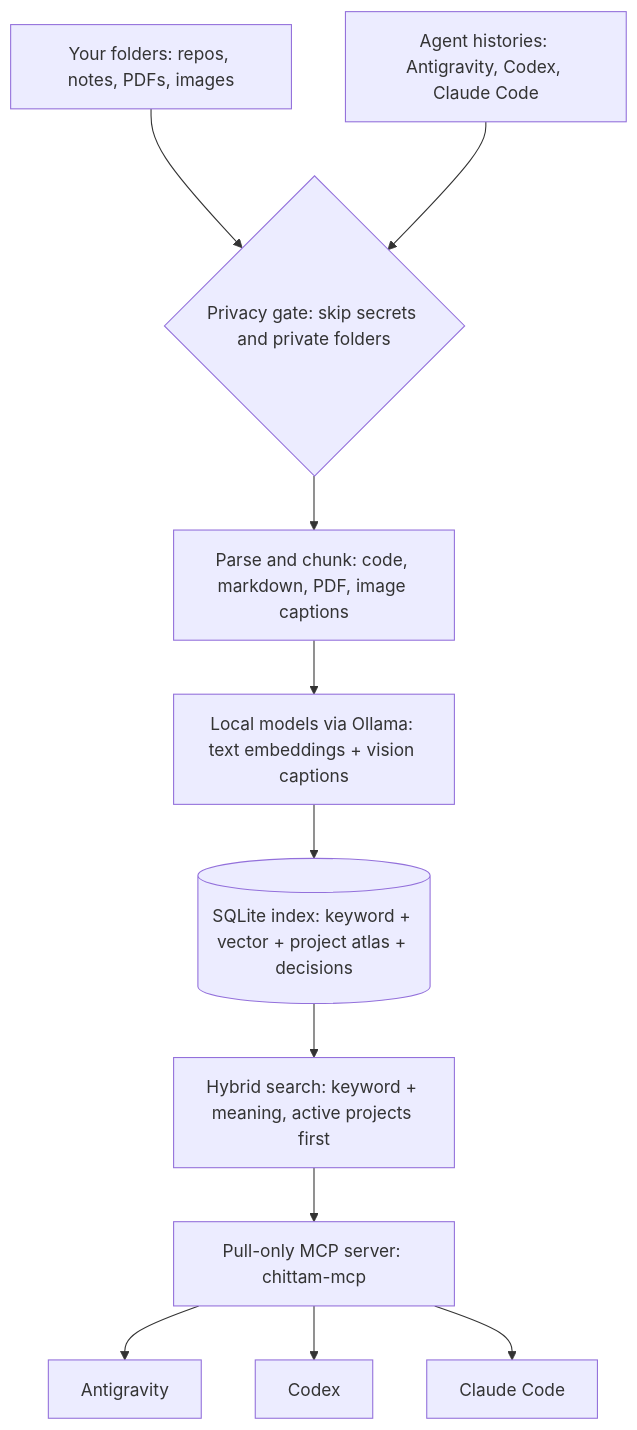
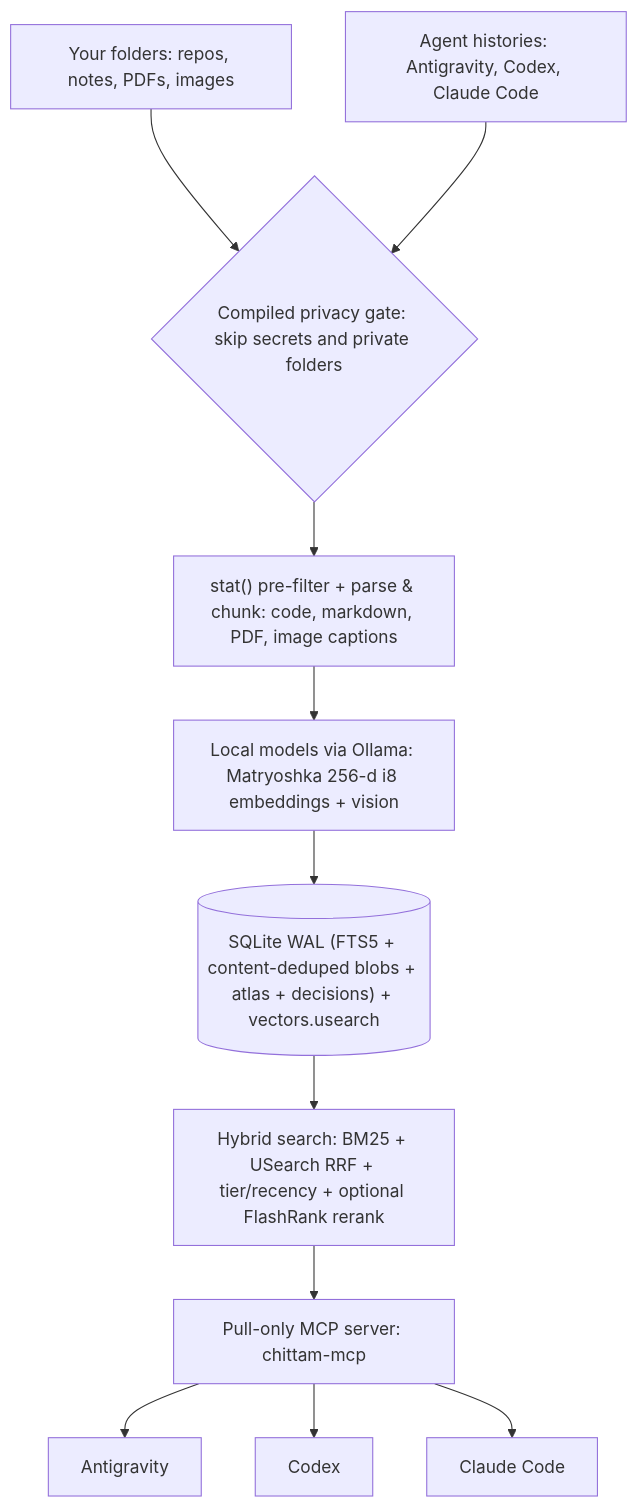
One commit to VAMFI/chittam changed the diagram in README.md. Above: the diagram before and after it, drawn with Mermaid. The commit also changed other lines of this file and 22 other files, not shown here.

Commit message:
feat(engine): Chittam v0.2.0 core engine (USearch, Matryoshka i8, dedup, watch, rerank, doctor)

````diff
--- a/README.md
+++ b/README.md
@@ -36,13 +36,13 @@
 ```mermaid
 flowchart TD
     A["Your folders: repos, notes, PDFs, images"] --> G
     B["Agent histories: Antigravity, Codex, Claude Code"] --> G
-    G{"Privacy gate: skip secrets and private folders"} --> P
-    P["Parse and chunk: code, markdown, PDF, image captions"] --> M
-    M["Local models via Ollama: text embeddings + vision captions"] --> S
-    S[("SQLite index: keyword + vector + project atlas + decisions")] --> Q
-    Q["Hybrid search: keyword + meaning, active projects first"] --> MCP
+    G{"Compiled privacy gate: skip secrets and private folders"} --> P
+    P["stat() pre-filter + parse & chunk: code, markdown, PDF, image captions"] --> M
+    M["Local models via Ollama: Matryoshka 256-d i8 embeddings + vision"] --> S
+    S[("SQLite WAL (FTS5 + content-deduped blobs + atlas + decisions) + vectors.usearch")] --> Q
+    Q["Hybrid search: BM25 + USearch RRF + tier/recency + optional FlashRank rerank"] --> MCP
     MCP["Pull-only MCP server: chittam-mcp"] --> H1["Antigravity"]
     MCP --> H2["Codex"]
     MCP --> H3["Claude Code"]
 ```
````
